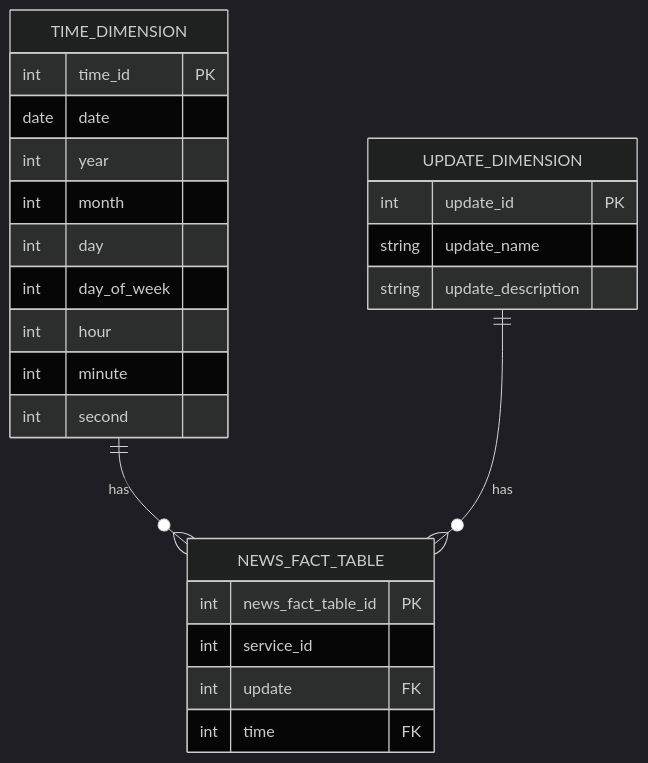
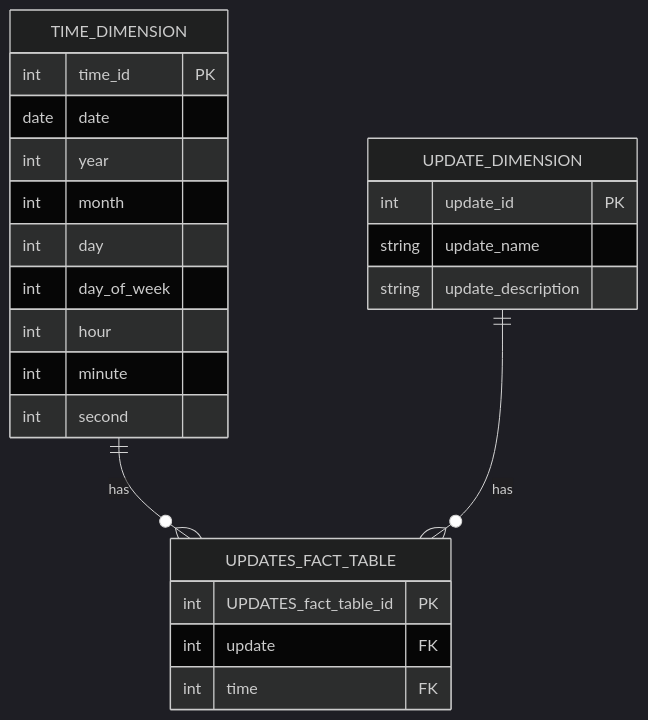
One commit to LONG-TERM-EFFECTS-OF-SUFFERING/Rapidos_y_Furiosos_data_warehouse changed the ninth of 9 diagrams in dimensions_and_data_marts.md. Above: the diagram before and after it, drawn with Mermaid (dark theme). The commit also changed other lines of this file and 10 other files, not shown here.

````diff
--- a/dimensions_and_data_marts.md
+++ b/dimensions_and_data_marts.md
@@ -166,30 +166,29 @@
 ```MERMAID
 erDiagram
     TIME_DIMENSION {
         int time_id PK
         date date
         int year
         int month
         int day
         int day_of_week
         int hour
         int minute
         int second
     }
 
     UPDATE_DIMENSION {
         int update_id PK
         string update_name
         string update_description
     }
 
-    NEWS_FACT_TABLE {
-        int news_fact_table_id PK
-        int service_id
+    UPDATES_FACT_TABLE {
+        int UPDATES_fact_table_id PK
         int update FK
         int time FK
     }
 
-    TIME_DIMENSION ||--o{ NEWS_FACT_TABLE : "has"
-    UPDATE_DIMENSION ||--o{ NEWS_FACT_TABLE : "has"
+    TIME_DIMENSION ||--o{ UPDATES_FACT_TABLE : "has"
+    UPDATE_DIMENSION ||--o{ UPDATES_FACT_TABLE : "has"
 ```
````
